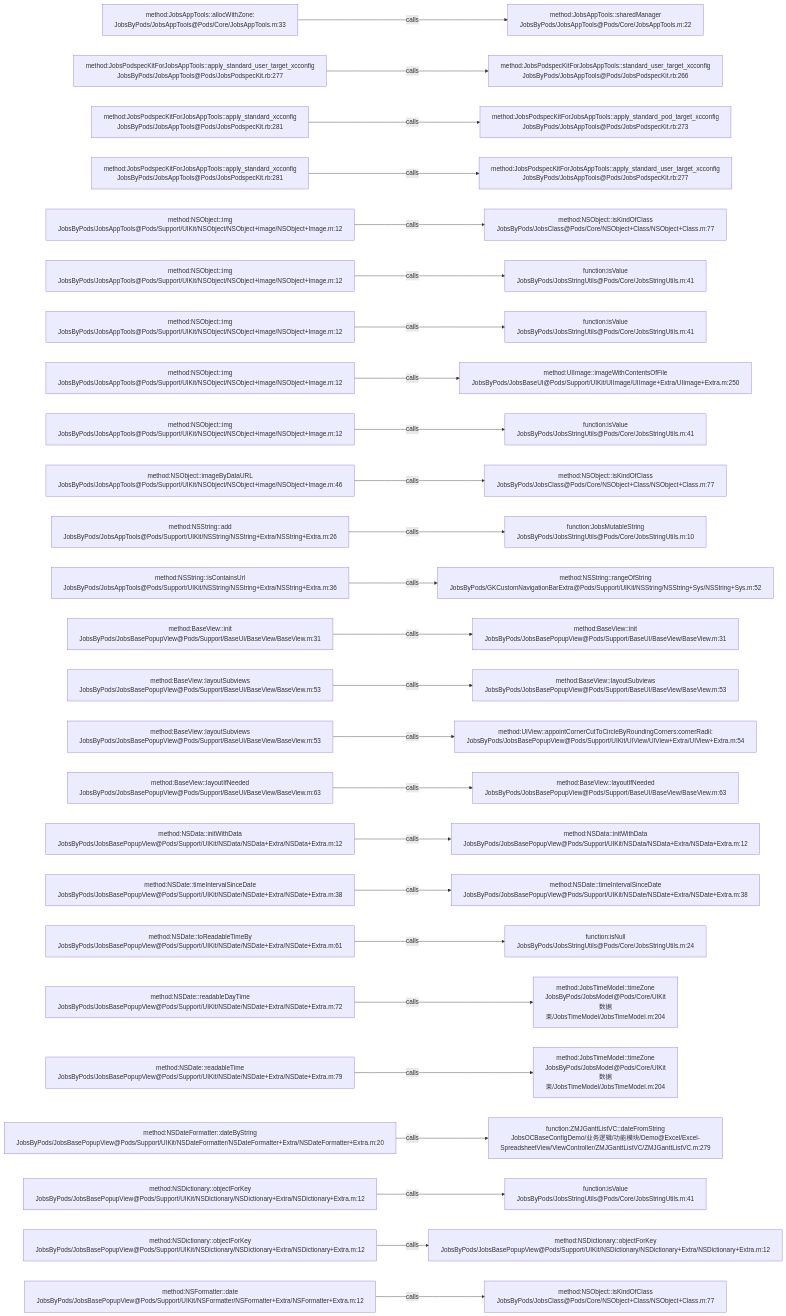
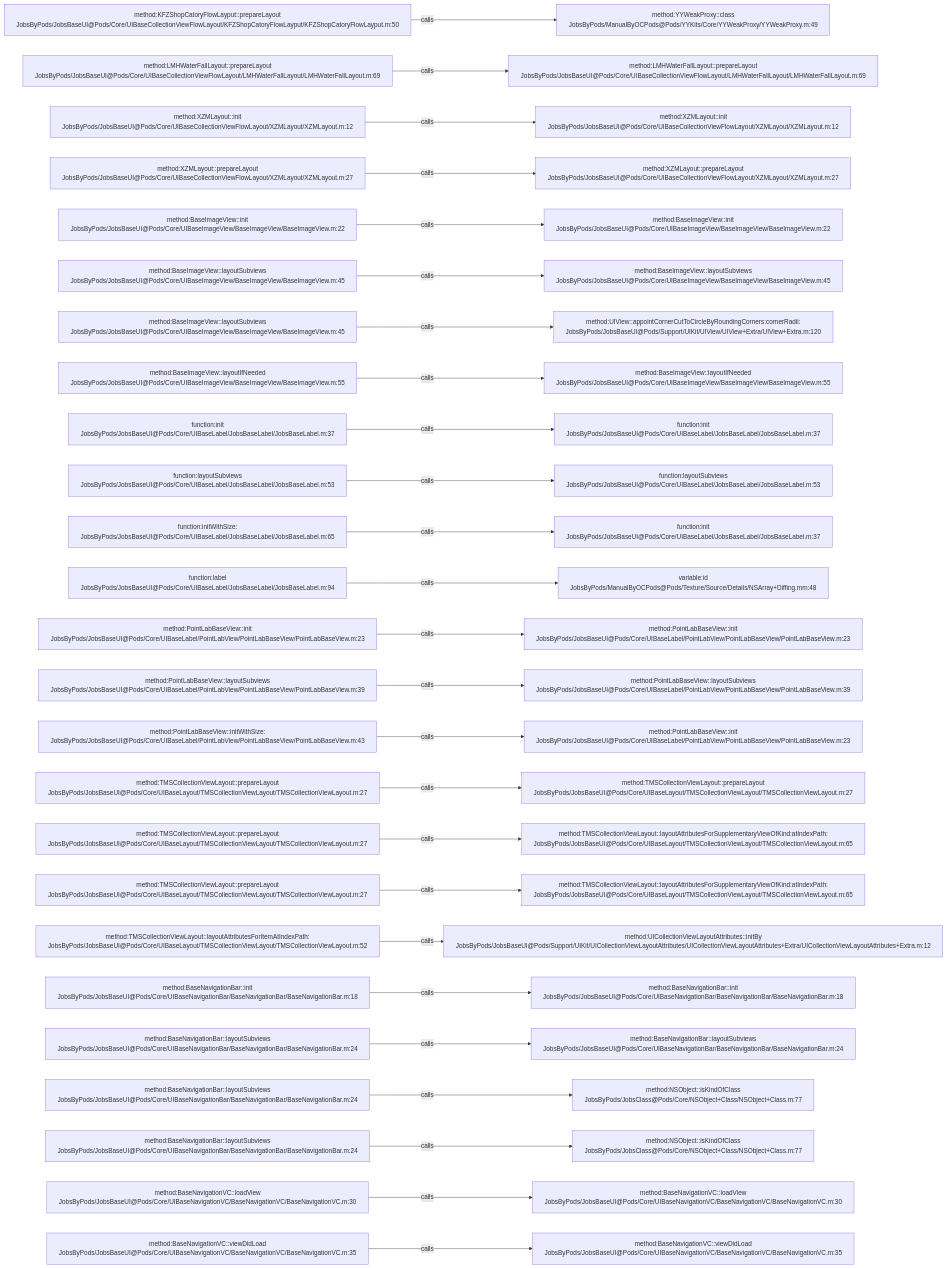
Before and after one commit to JobsKits/JobsOCBaseConfigDemo: the diagram in .codegraph/codegraph.md/graphs/calls-016.md, drawn with Mermaid. The commit also changed 573 other files, not shown here.

````diff
--- a/.codegraph/codegraph.md/graphs/calls-016.md
+++ b/.codegraph/codegraph.md/graphs/calls-016.md
@@ -13,78 +13,78 @@
 ```mermaid
 flowchart LR
-  S1["method:JobsAppTools::allocWithZone:<br/>JobsByPods/JobsAppTools@Pods/Core/JobsAppTools.m:33"]
-  T1["method:JobsAppTools::sharedManager<br/>JobsByPods/JobsAppTools@Pods/Core/JobsAppTools.m:22"]
+  S1["method:KFZShopCatoryFlowLayput::prepareLayout<br/>JobsByPods/JobsBaseUI@Pods/Core/UIBaseCollectionViewFlowLayout/KFZShopCatoryFlowLayput/KFZShopCatoryFlowLayput.m:50"]
+  T1["method:YYWeakProxy::class<br/>JobsByPods/ManualByOCPods@Pods/YYKits/Core/YYWeakProxy/YYWeakProxy.m:49"]
   S1 -->|calls| T1
-  S2["method:JobsPodspecKitForJobsAppTools::apply_standard_user_target_xcconfig<br/>JobsByPods/JobsAppTools@Pods/JobsPodspecKit.rb:277"]
-  T2["method:JobsPodspecKitForJobsAppTools::standard_user_target_xcconfig<br/>JobsByPods/JobsAppTools@Pods/JobsPodspecKit.rb:266"]
+  S2["method:LMHWaterFallLayout::prepareLayout<br/>JobsByPods/JobsBaseUI@Pods/Core/UIBaseCollectionViewFlowLayout/LMHWaterFallLayout/LMHWaterFallLayout.m:69"]
+  T2["method:LMHWaterFallLayout::prepareLayout<br/>JobsByPods/JobsBaseUI@Pods/Core/UIBaseCollectionViewFlowLayout/LMHWaterFallLayout/LMHWaterFallLayout.m:69"]
   S2 -->|calls| T2
-  S3["method:JobsPodspecKitForJobsAppTools::apply_standard_xcconfig<br/>JobsByPods/JobsAppTools@Pods/JobsPodspecKit.rb:281"]
-  T3["method:JobsPodspecKitForJobsAppTools::apply_standard_pod_target_xcconfig<br/>JobsByPods/JobsAppTools@Pods/JobsPodspecKit.rb:273"]
+  S3["method:XZMLayout::init<br/>JobsByPods/JobsBaseUI@Pods/Core/UIBaseCollectionViewFlowLayout/XZMLayout/XZMLayout.m:12"]
+  T3["method:XZMLayout::init<br/>JobsByPods/JobsBaseUI@Pods/Core/UIBaseCollectionViewFlowLayout/XZMLayout/XZMLayout.m:12"]
   S3 -->|calls| T3
-  S4["method:JobsPodspecKitForJobsAppTools::apply_standard_xcconfig<br/>JobsByPods/JobsAppTools@Pods/JobsPodspecKit.rb:281"]
-  T4["method:JobsPodspecKitForJobsAppTools::apply_standard_user_target_xcconfig<br/>JobsByPods/JobsAppTools@Pods/JobsPodspecKit.rb:277"]
+  S4["method:XZMLayout::prepareLayout<br/>JobsByPods/JobsBaseUI@Pods/Core/UIBaseCollectionViewFlowLayout/XZMLayout/XZMLayout.m:27"]
+  T4["method:XZMLayout::prepareLayout<br/>JobsByPods/JobsBaseUI@Pods/Core/UIBaseCollectionViewFlowLayout/XZMLayout/XZMLayout.m:27"]
   S4 -->|calls| T4
-  S5["method:NSObject::img<br/>JobsByPods/JobsAppTools@Pods/Support/UIKit/NSObject/NSObject+image/NSObject+Image.m:12"]
-  T5["method:NSObject::isKindOfClass<br/>JobsByPods/JobsClass@Pods/Core/NSObject+Class/NSObject+Class.m:77"]
+  S5["method:BaseImageView::init<br/>JobsByPods/JobsBaseUI@Pods/Core/UIBaseImageView/BaseImageView/BaseImageView.m:22"]
+  T5["method:BaseImageView::init<br/>JobsByPods/JobsBaseUI@Pods/Core/UIBaseImageView/BaseImageView/BaseImageView.m:22"]
   S5 -->|calls| T5
-  S6["method:NSObject::img<br/>JobsByPods/JobsAppTools@Pods/Support/UIKit/NSObject/NSObject+image/NSObject+Image.m:12"]
-  T6["function:isValue<br/>JobsByPods/JobsStringUtils@Pods/Core/JobsStringUtils.m:41"]
+  S6["method:BaseImageView::layoutSubviews<br/>JobsByPods/JobsBaseUI@Pods/Core/UIBaseImageView/BaseImageView/BaseImageView.m:45"]
+  T6["method:BaseImageView::layoutSubviews<br/>JobsByPods/JobsBaseUI@Pods/Core/UIBaseImageView/BaseImageView/BaseImageView.m:45"]
   S6 -->|calls| T6
-  S7["method:NSObject::img<br/>JobsByPods/JobsAppTools@Pods/Support/UIKit/NSObject/NSObject+image/NSObject+Image.m:12"]
-  T7["function:isValue<br/>JobsByPods/JobsStringUtils@Pods/Core/JobsStringUtils.m:41"]
+  S7["method:BaseImageView::layoutSubviews<br/>JobsByPods/JobsBaseUI@Pods/Core/UIBaseImageView/BaseImageView/BaseImageView.m:45"]
+  T7["method:UIView::appointCornerCutToCircleByRoundingCorners:cornerRadii:<br/>JobsByPods/JobsBaseUI@Pods/Support/UIKit/UIView/UIView+Extra/UIView+Extra.m:120"]
   S7 -->|calls| T7
-  S8["method:NSObject::img<br/>JobsByPods/JobsAppTools@Pods/Support/UIKit/NSObject/NSObject+image/NSObject+Image.m:12"]
-  T8["method:UIImage::imageWithContentsOfFile<br/>JobsByPods/JobsBaseUI@Pods/Support/UIKit/UIImage/UIImage+Extra/UIImage+Extra.m:250"]
+  S8["method:BaseImageView::layoutIfNeeded<br/>JobsByPods/JobsBaseUI@Pods/Core/UIBaseImageView/BaseImageView/BaseImageView.m:55"]
+  T8["method:BaseImageView::layoutIfNeeded<br/>JobsByPods/JobsBaseUI@Pods/Core/UIBaseImageView/BaseImageView/BaseImageView.m:55"]
   S8 -->|calls| T8
-  S9["method:NSObject::img<br/>JobsByPods/JobsAppTools@Pods/Support/UIKit/NSObject/NSObject+image/NSObject+Image.m:12"]
-  T9["function:isValue<br/>JobsByPods/JobsStringUtils@Pods/Core/JobsStringUtils.m:41"]
+  S9["function:init<br/>JobsByPods/JobsBaseUI@Pods/Core/UIBaseLabel/JobsBaseLabel/JobsBaseLabel.m:37"]
+  T9["function:init<br/>JobsByPods/JobsBaseUI@Pods/Core/UIBaseLabel/JobsBaseLabel/JobsBaseLabel.m:37"]
   S9 -->|calls| T9
-  S10["method:NSObject::imageByDataURL<br/>JobsByPods/JobsAppTools@Pods/Support/UIKit/NSObject/NSObject+image/NSObject+Image.m:46"]
-  T10["method:NSObject::isKindOfClass<br/>JobsByPods/JobsClass@Pods/Core/NSObject+Class/NSObject+Class.m:77"]
+  S10["function:layoutSubviews<br/>JobsByPods/JobsBaseUI@Pods/Core/UIBaseLabel/JobsBaseLabel/JobsBaseLabel.m:53"]
+  T10["function:layoutSubviews<br/>JobsByPods/JobsBaseUI@Pods/Core/UIBaseLabel/JobsBaseLabel/JobsBaseLabel.m:53"]
   S10 -->|calls| T10
-  S11["method:NSString::add<br/>JobsByPods/JobsAppTools@Pods/Support/UIKit/NSString/NSString+Extra/NSString+Extra.m:26"]
-  T11["function:JobsMutableString<br/>JobsByPods/JobsStringUtils@Pods/Core/JobsStringUtils.m:10"]
+  S11["function:initWithSize:<br/>JobsByPods/JobsBaseUI@Pods/Core/UIBaseLabel/JobsBaseLabel/JobsBaseLabel.m:65"]
+  T11["function:init<br/>JobsByPods/JobsBaseUI@Pods/Core/UIBaseLabel/JobsBaseLabel/JobsBaseLabel.m:37"]
   S11 -->|calls| T11
-  S12["method:NSString::isContainsUrl<br/>JobsByPods/JobsAppTools@Pods/Support/UIKit/NSString/NSString+Extra/NSString+Extra.m:36"]
-  T12["method:NSString::rangeOfString<br/>JobsByPods/GKCustomNavigationBarExtra@Pods/Support/UIKit/NSString/NSString+Sys/NSString+Sys.m:52"]
+  S12["function:label<br/>JobsByPods/JobsBaseUI@Pods/Core/UIBaseLabel/JobsBaseLabel/JobsBaseLabel.m:94"]
+  T12["variable:id<br/>JobsByPods/ManualByOCPods@Pods/Texture/Source/Details/NSArray+Diffing.mm:48"]
   S12 -->|calls| T12
-  S13["method:BaseView::init<br/>JobsByPods/JobsBasePopupView@Pods/Support/BaseUI/BaseView/BaseView.m:31"]
-  T13["method:BaseView::init<br/>JobsByPods/JobsBasePopupView@Pods/Support/BaseUI/BaseView/BaseView.m:31"]
+  S13["method:PointLabBaseView::init<br/>JobsByPods/JobsBaseUI@Pods/Core/UIBaseLabel/PointLabView/PointLabBaseView/PointLabBaseView.m:23"]
+  T13["method:PointLabBaseView::init<br/>JobsByPods/JobsBaseUI@Pods/Core/UIBaseLabel/PointLabView/PointLabBaseView/PointLabBaseView.m:23"]
   S13 -->|calls| T13
-  S14["method:BaseView::layoutSubviews<br/>JobsByPods/JobsBasePopupView@Pods/Support/BaseUI/BaseView/BaseView.m:53"]
-  T14["method:BaseView::layoutSubviews<br/>JobsByPods/JobsBasePopupView@Pods/Support/BaseUI/BaseView/BaseView.m:53"]
+  S14["method:PointLabBaseView::layoutSubviews<br/>JobsByPods/JobsBaseUI@Pods/Core/UIBaseLabel/PointLabView/PointLabBaseView/PointLabBaseView.m:39"]
+  T14["method:PointLabBaseView::layoutSubviews<br/>JobsByPods/JobsBaseUI@Pods/Core/UIBaseLabel/PointLabView/PointLabBaseView/PointLabBaseView.m:39"]
   S14 -->|calls| T14
-  S15["method:BaseView::layoutSubviews<br/>JobsByPods/JobsBasePopupView@Pods/Support/BaseUI/BaseView/BaseView.m:53"]
-  T15["method:UIView::appointCornerCutToCircleByRoundingCorners:cornerRadii:<br/>JobsByPods/JobsBasePopupView@Pods/Support/UIKit/UIView/UIView+Extra/UIView+Extra.m:54"]
+  S15["method:PointLabBaseView::initWithSize:<br/>JobsByPods/JobsBaseUI@Pods/Core/UIBaseLabel/PointLabView/PointLabBaseView/PointLabBaseView.m:43"]
+  T15["method:PointLabBaseView::init<br/>JobsByPods/JobsBaseUI@Pods/Core/UIBaseLabel/PointLabView/PointLabBaseView/PointLabBaseView.m:23"]
   S15 -->|calls| T15
-  S16["method:BaseView::layoutIfNeeded<br/>JobsByPods/JobsBasePopupView@Pods/Support/BaseUI/BaseView/BaseView.m:63"]
-  T16["method:BaseView::layoutIfNeeded<br/>JobsByPods/JobsBasePopupView@Pods/Support/BaseUI/BaseView/BaseView.m:63"]
+  S16["method:TMSCollectionViewLayout::prepareLayout<br/>JobsByPods/JobsBaseUI@Pods/Core/UIBaseLayout/TMSCollectionViewLayout/TMSCollectionViewLayout.m:27"]
+  T16["method:TMSCollectionViewLayout::prepareLayout<br/>JobsByPods/JobsBaseUI@Pods/Core/UIBaseLayout/TMSCollectionViewLayout/TMSCollectionViewLayout.m:27"]
   S16 -->|calls| T16
-  S17["method:NSData::initWithData<br/>JobsByPods/JobsBasePopupView@Pods/Support/UIKit/NSData/NSData+Extra/NSData+Extra.m:12"]
-  T17["method:NSData::initWithData<br/>JobsByPods/JobsBasePopupView@Pods/Support/UIKit/NSData/NSData+Extra/NSData+Extra.m:12"]
+  S17["method:TMSCollectionViewLayout::prepareLayout<br/>JobsByPods/JobsBaseUI@Pods/Core/UIBaseLayout/TMSCollectionViewLayout/TMSCollectionViewLayout.m:27"]
+  T17["method:TMSCollectionViewLayout::layoutAttributesForSupplementaryViewOfKind:atIndexPath:<br/>JobsByPods/JobsBaseUI@Pods/Core/UIBaseLayout/TMSCollectionViewLayout/TMSCollectionViewLayout.m:65"]
   S17 -->|calls| T17
-  S18["method:NSDate::timeIntervalSinceDate<br/>JobsByPods/JobsBasePopupView@Pods/Support/UIKit/NSDate/NSDate+Extra/NSDate+Extra.m:38"]
-  T18["method:NSDate::timeIntervalSinceDate<br/>JobsByPods/JobsBasePopupView@Pods/Support/UIKit/NSDate/NSDate+Extra/NSDate+Extra.m:38"]
+  S18["method:TMSCollectionViewLayout::prepareLayout<br/>JobsByPods/JobsBaseUI@Pods/Core/UIBaseLayout/TMSCollectionViewLayout/TMSCollectionViewLayout.m:27"]
+  T18["method:TMSCollectionViewLayout::layoutAttributesForSupplementaryViewOfKind:atIndexPath:<br/>JobsByPods/JobsBaseUI@Pods/Core/UIBaseLayout/TMSCollectionViewLayout/TMSCollectionViewLayout.m:65"]
   S18 -->|calls| T18
-  S19["method:NSDate::toReadableTimeBy<br/>JobsByPods/JobsBasePopupView@Pods/Support/UIKit/NSDate/NSDate+Extra/NSDate+Extra.m:61"]
-  T19["function:isNull<br/>JobsByPods/JobsStringUtils@Pods/Core/JobsStringUtils.m:24"]
+  S19["method:TMSCollectionViewLayout::layoutAttributesForItemAtIndexPath:<br/>JobsByPods/JobsBaseUI@Pods/Core/UIBaseLayout/TMSCollectionViewLayout/TMSCollectionViewLayout.m:52"]
+  T19["method:UICollectionViewLayoutAttributes::initBy<br/>JobsByPods/JobsBaseUI@Pods/Support/UIKit/UICollectionViewLayoutAttributes/UICollectionViewLayoutAttributes+Extra/UICollectionViewLayoutAttributes+Extra.m:12"]
   S19 -->|calls| T19
-  S20["method:NSDate::readableDayTime<br/>JobsByPods/JobsBasePopupView@Pods/Support/UIKit/NSDate/NSDate+Extra/NSDate+Extra.m:72"]
-  T20["method:JobsTimeModel::timeZone<br/>JobsByPods/JobsModel@Pods/Core/UIKit数据束/JobsTimeModel/JobsTimeModel.m:204"]
+  S20["method:BaseNavigationBar::init<br/>JobsByPods/JobsBaseUI@Pods/Core/UIBaseNavigationBar/BaseNavigationBar/BaseNavigationBar.m:18"]
+  T20["method:BaseNavigationBar::init<br/>JobsByPods/JobsBaseUI@Pods/Core/UIBaseNavigationBar/BaseNavigationBar/BaseNavigationBar.m:18"]
   S20 -->|calls| T20
-  S21["method:NSDate::readableTime<br/>JobsByPods/JobsBasePopupView@Pods/Support/UIKit/NSDate/NSDate+Extra/NSDate+Extra.m:79"]
-  T21["method:JobsTimeModel::timeZone<br/>JobsByPods/JobsModel@Pods/Core/UIKit数据束/JobsTimeModel/JobsTimeModel.m:204"]
+  S21["method:BaseNavigationBar::layoutSubviews<br/>JobsByPods/JobsBaseUI@Pods/Core/UIBaseNavigationBar/BaseNavigationBar/BaseNavigationBar.m:24"]
+  T21["method:BaseNavigationBar::layoutSubviews<br/>JobsByPods/JobsBaseUI@Pods/Core/UIBaseNavigationBar/BaseNavigationBar/BaseNavigationBar.m:24"]
   S21 -->|calls| T21
-  S22["method:NSDateFormatter::dateByString<br/>JobsByPods/JobsBasePopupView@Pods/Support/UIKit/NSDateFormatter/NSDateFormatter+Extra/NSDateFormatter+Extra.m:20"]
-  T22["function:ZMJGanttListVC::dateFromString<br/>JobsOCBaseConfigDemo/业务逻辑/功能模块/Demo@Excel/Excel-SpreadsheetView/ViewController/ZMJGanttListVC/ZMJGanttListVC.m:279"]
+  S22["method:BaseNavigationBar::layoutSubviews<br/>JobsByPods/JobsBaseUI@Pods/Core/UIBaseNavigationBar/BaseNavigationBar/BaseNavigationBar.m:24"]
+  T22["method:NSObject::isKindOfClass<br/>JobsByPods/JobsClass@Pods/Core/NSObject+Class/NSObject+Class.m:77"]
   S22 -->|calls| T22
-  S23["method:NSDictionary::objectForKey<br/>JobsByPods/JobsBasePopupView@Pods/Support/UIKit/NSDictionary/NSDictionary+Extra/NSDictionary+Extra.m:12"]
-  T23["function:isValue<br/>JobsByPods/JobsStringUtils@Pods/Core/JobsStringUtils.m:41"]
+  S23["method:BaseNavigationBar::layoutSubviews<br/>JobsByPods/JobsBaseUI@Pods/Core/UIBaseNavigationBar/BaseNavigationBar/BaseNavigationBar.m:24"]
+  T23["method:NSObject::isKindOfClass<br/>JobsByPods/JobsClass@Pods/Core/NSObject+Class/NSObject+Class.m:77"]
   S23 -->|calls| T23
-  S24["method:NSDictionary::objectForKey<br/>JobsByPods/JobsBasePopupView@Pods/Support/UIKit/NSDictionary/NSDictionary+Extra/NSDictionary+Extra.m:12"]
-  T24["method:NSDictionary::objectForKey<br/>JobsByPods/JobsBasePopupView@Pods/Support/UIKit/NSDictionary/NSDictionary+Extra/NSDictionary+Extra.m:12"]
+  S24["method:BaseNavigationVC::loadView<br/>JobsByPods/JobsBaseUI@Pods/Core/UIBaseNavigationVC/BaseNavigationVC/BaseNavigationVC.m:30"]
+  T24["method:BaseNavigationVC::loadView<br/>JobsByPods/JobsBaseUI@Pods/Core/UIBaseNavigationVC/BaseNavigationVC/BaseNavigationVC.m:30"]
   S24 -->|calls| T24
-  S25["method:NSFormatter::date<br/>JobsByPods/JobsBasePopupView@Pods/Support/UIKit/NSFormatter/NSFormatter+Extra/NSFormatter+Extra.m:12"]
-  T25["method:NSObject::isKindOfClass<br/>JobsByPods/JobsClass@Pods/Core/NSObject+Class/NSObject+Class.m:77"]
+  S25["method:BaseNavigationVC::viewDidLoad<br/>JobsByPods/JobsBaseUI@Pods/Core/UIBaseNavigationVC/BaseNavigationVC/BaseNavigationVC.m:35"]
+  T25["method:BaseNavigationVC::viewDidLoad<br/>JobsByPods/JobsBaseUI@Pods/Core/UIBaseNavigationVC/BaseNavigationVC/BaseNavigationVC.m:35"]
   S25 -->|calls| T25
 ```
````
